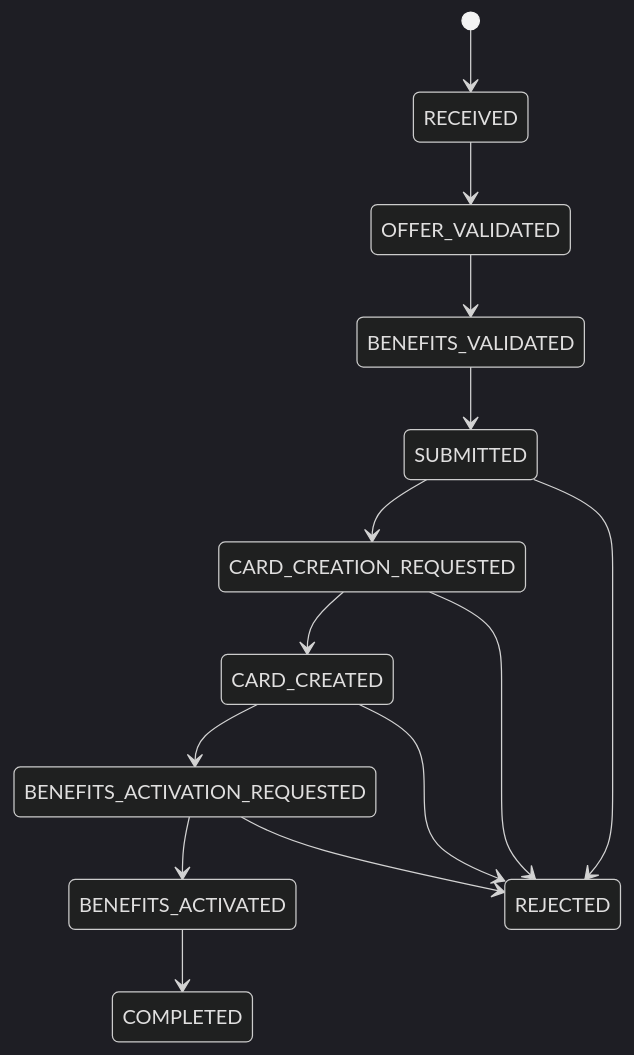
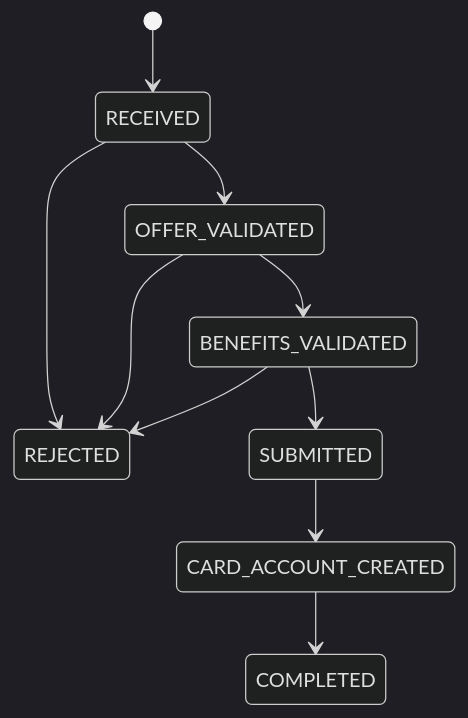
The first of 2 diagrams in docs/state-machine.md (gitCaballero/credit-analys), drawn with Mermaid (dark theme) before and after one commit. The commit also changed other lines of this file and 265 other files, not shown here.

````diff
--- a/docs/state-machine.md
+++ b/docs/state-machine.md
@@ -47,17 +44,12 @@
 ```mermaid
 stateDiagram-v2
   [*] --> RECEIVED
   RECEIVED --> OFFER_VALIDATED
+  RECEIVED --> REJECTED
   OFFER_VALIDATED --> BENEFITS_VALIDATED
+  OFFER_VALIDATED --> REJECTED
   BENEFITS_VALIDATED --> SUBMITTED
-  SUBMITTED --> CARD_CREATION_REQUESTED
-  CARD_CREATION_REQUESTED --> CARD_CREATED
-  CARD_CREATED --> BENEFITS_ACTIVATION_REQUESTED
-  BENEFITS_ACTIVATION_REQUESTED --> BENEFITS_ACTIVATED
-  BENEFITS_ACTIVATED --> COMPLETED
-
-  SUBMITTED --> REJECTED
-  CARD_CREATION_REQUESTED --> REJECTED
-  CARD_CREATED --> REJECTED
-  BENEFITS_ACTIVATION_REQUESTED --> REJECTED
+  BENEFITS_VALIDATED --> REJECTED
+  SUBMITTED --> CARD_ACCOUNT_CREATED
+  CARD_ACCOUNT_CREATED --> COMPLETED
 ```
````
